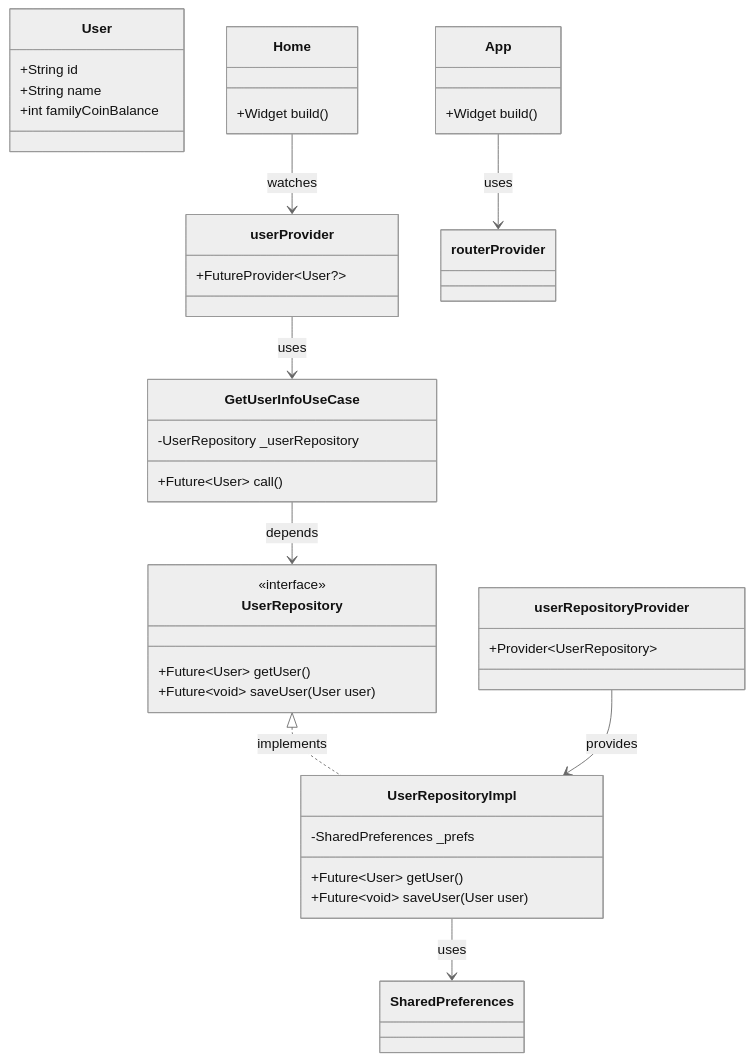
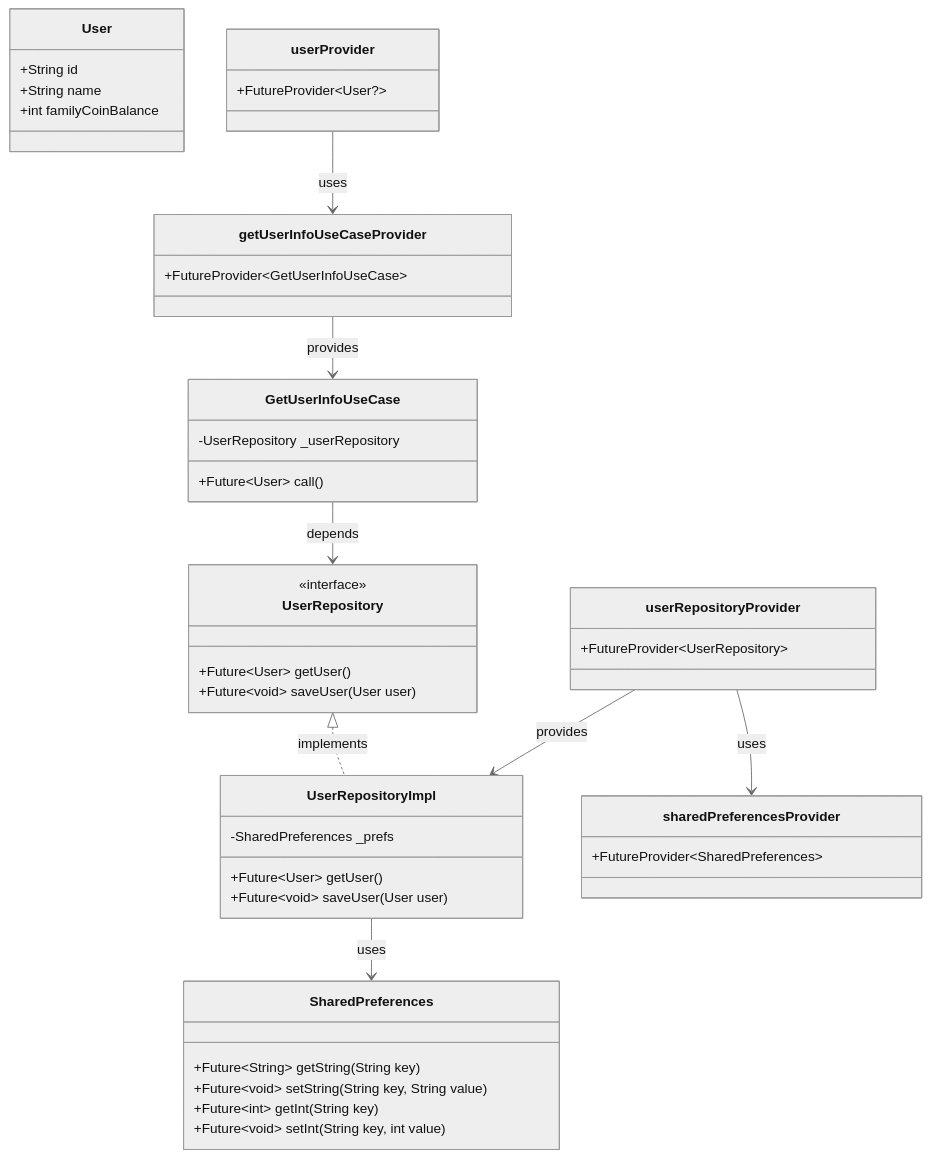
The diagram in README.md (sinjikoro/family_coin_app), drawn with Mermaid (neutral theme) before and after one commit. The commit also changed 6 other files, not shown here.

Commit message:
ユーザー情報を取得するUseCaseの実装を修正し、GetItを使用して依存関係を注入するように変更しました。また、SharedPreferencesを利用したUserRepositoryの初期化をDependencyInjectionに追加し、不要なユーザークライアント関連のファイルを削除しました。Providerの実装も修正し、ユーザー情報を取得するロジックを簡素化しました。

````diff
--- a/README.md
+++ b/README.md
@@ -4,54 +4,61 @@
 ```mermaid
 classDiagram
     %% Domain層
     class User {
         +String id
         +String name
         +int familyCoinBalance
     }
 
     class UserRepository {
         <<interface>>
         +Future~User~ getUser()
         +Future~void~ saveUser(User user)
     }
 
     %% Application層
     class GetUserInfoUseCase {
         -UserRepository _userRepository
         +Future~User~ call()
     }
 
     %% Infrastructure層
     class UserRepositoryImpl {
         -SharedPreferences _prefs
         +Future~User~ getUser()
         +Future~void~ saveUser(User user)
     }
 
-    %% Presentation層
+    class SharedPreferences {
+        +Future~String~ getString(String key)
+        +Future~void~ setString(String key, String value)
+        +Future~int~ getInt(String key)
+        +Future~void~ setInt(String key, int value)
+    }
+
+    %% Providers
+    class sharedPreferencesProvider {
+        +FutureProvider~SharedPreferences~
+    }
+
     class userRepositoryProvider {
-        +Provider~UserRepository~
+        +FutureProvider~UserRepository~
+    }
+
+    class getUserInfoUseCaseProvider {
+        +FutureProvider~GetUserInfoUseCase~
     }
 
     class userProvider {
         +FutureProvider~User?~
-    }
-
-    class App {
-        +Widget build()
-    }
-
-    class Home {
-        +Widget build()
     }
 
     %% 依存関係
     UserRepository <|.. UserRepositoryImpl : implements
     UserRepositoryImpl --> SharedPreferences : uses
     GetUserInfoUseCase --> UserRepository : depends
     userRepositoryProvider --> UserRepositoryImpl : provides
-    userProvider --> GetUserInfoUseCase : uses
-    Home --> userProvider : watches
-    App --> routerProvider : uses
+    getUserInfoUseCaseProvider --> GetUserInfoUseCase : provides
+    userProvider --> getUserInfoUseCaseProvider : uses
+    userRepositoryProvider --> sharedPreferencesProvider : uses
 ```
````
